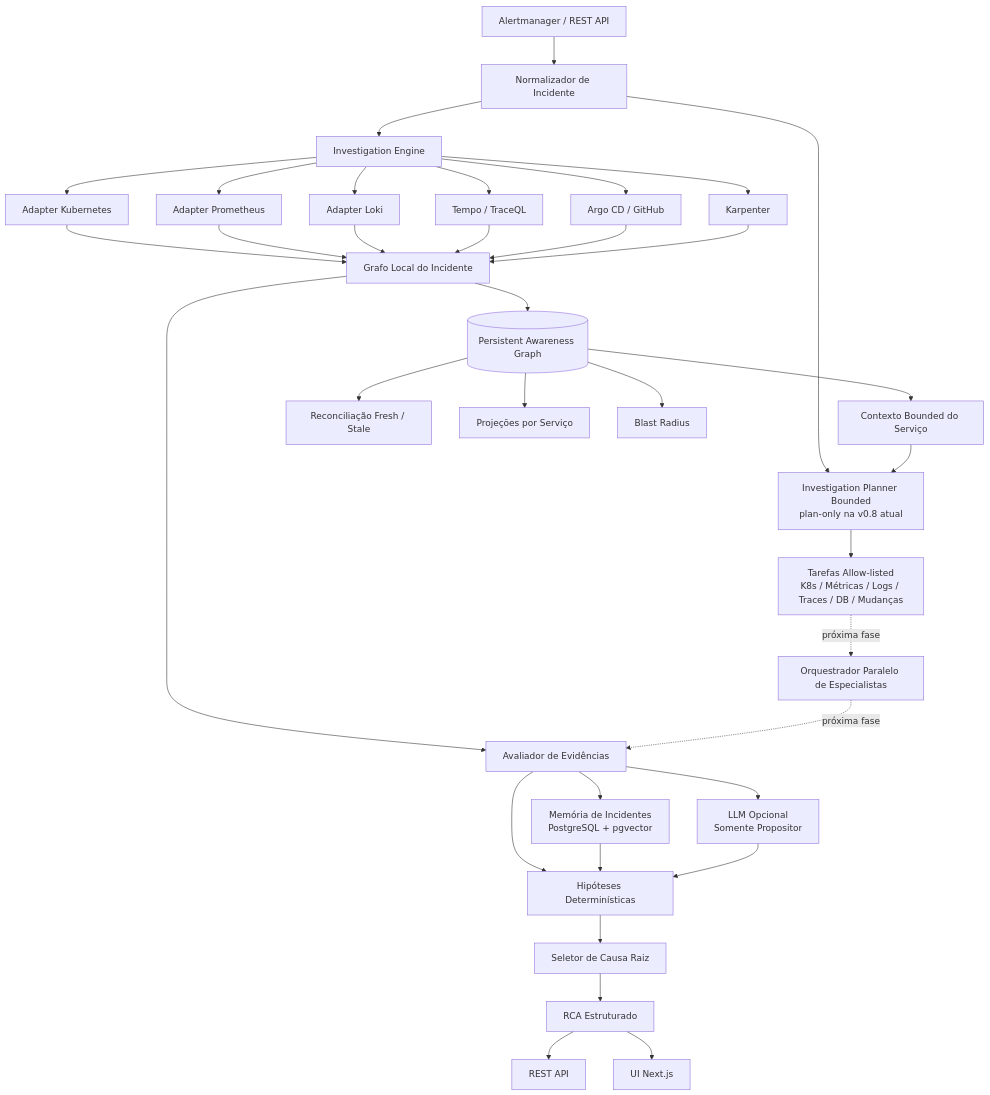
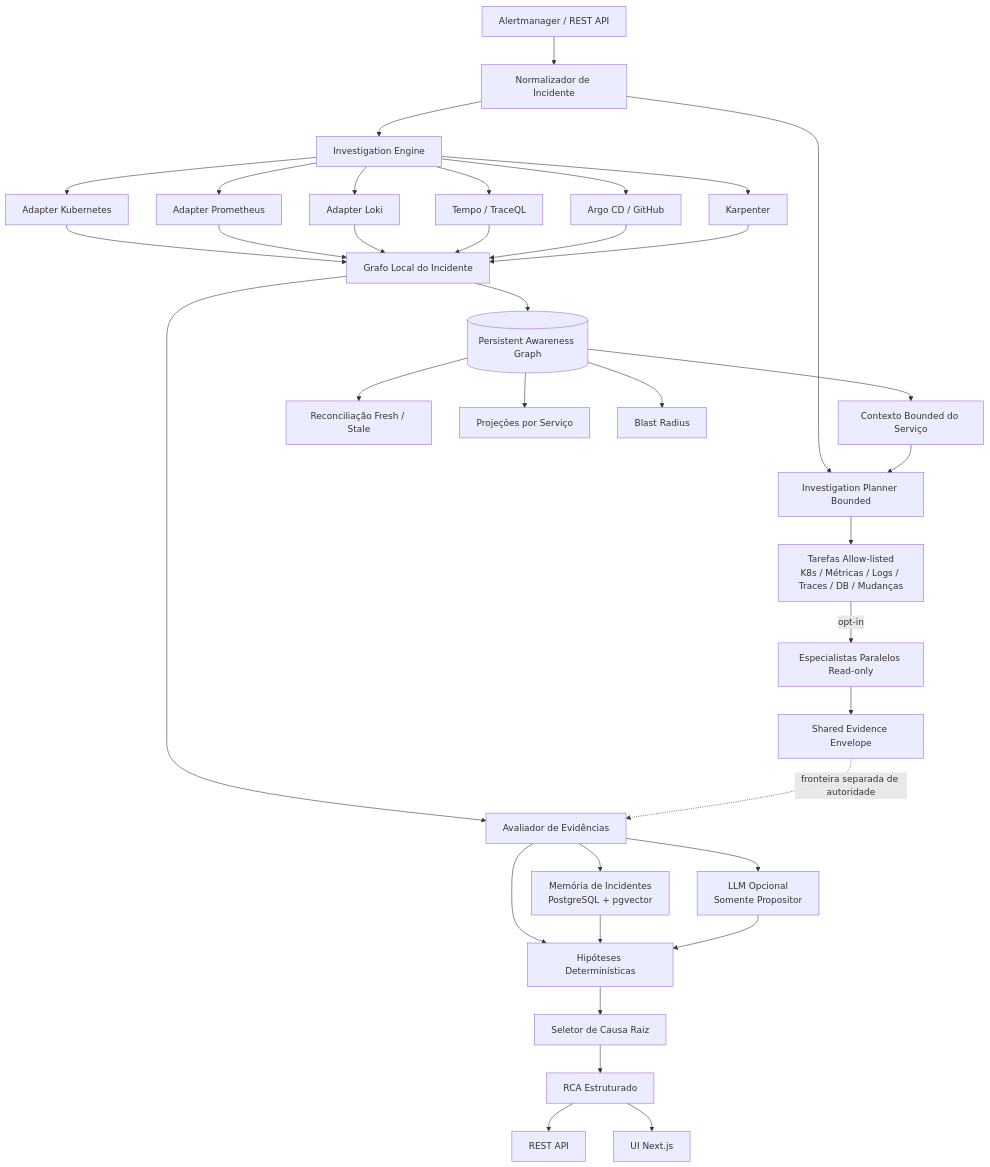
Before and after one commit to marcocristofolini/ai-sre-rca: the first of 18 diagrams in docs/architecture.pt-BR.md, drawn with Mermaid. The commit also changed other lines of this file and 19 other files, not shown here.

````diff
--- a/docs/architecture.pt-BR.md
+++ b/docs/architecture.pt-BR.md
@@ -7,43 +7,43 @@
 ```mermaid
 flowchart TD
     A[Alertmanager / REST API] --> N[Normalizador de Incidente]
-    N --> PLAN[Investigation Planner Bounded<br/>plan-only na v0.8 atual]
+    N --> PLAN[Investigation Planner Bounded]
     N --> I[Investigation Engine]
 
     PAG[(Persistent Awareness Graph)] --> CTX[Contexto Bounded do Serviço]
     CTX --> PLAN
     PLAN --> PT[Tarefas Allow-listed<br/>K8s / Métricas / Logs / Traces / DB / Mudanças]
+    PT -->|opt-in| ORCH[Especialistas Paralelos Read-only]
+    ORCH --> SE[Shared Evidence Envelope]
 
     I --> K[Adapter Kubernetes]
     I --> P[Adapter Prometheus]
     I --> L[Adapter Loki]
     I --> T[Tempo / TraceQL]
     I --> AR[Argo CD / GitHub]
     I --> KA[Karpenter]
 
     K --> LG[Grafo Local do Incidente]
     P --> LG
     L --> LG
     T --> LG
     AR --> LG
     KA --> LG
 
     LG --> EV[Avaliador de Evidências]
+    SE -. fronteira separada de autoridade .-> EV
     LG --> PAG
     PAG --> REC[Reconciliação Fresh / Stale]
     PAG --> SV[Projeções por Serviço]
     PAG --> BR[Blast Radius]
 
     EV --> H[Hipóteses Determinísticas]
     EV --> MEM[Memória de Incidentes<br/>PostgreSQL + pgvector]
     EV --> LLM[LLM Opcional<br/>Somente Propositor]
     MEM --> H
     LLM --> H
     H --> RC[Seletor de Causa Raiz]
     RC --> RCA[RCA Estruturado]
     RCA --> API[REST API]
     RCA --> UI[UI Next.js]
-
-    PT -. próxima fase .-> ORCH[Orquestrador Paralelo de Especialistas]
-    ORCH -. próxima fase .-> EV
 ```
````
